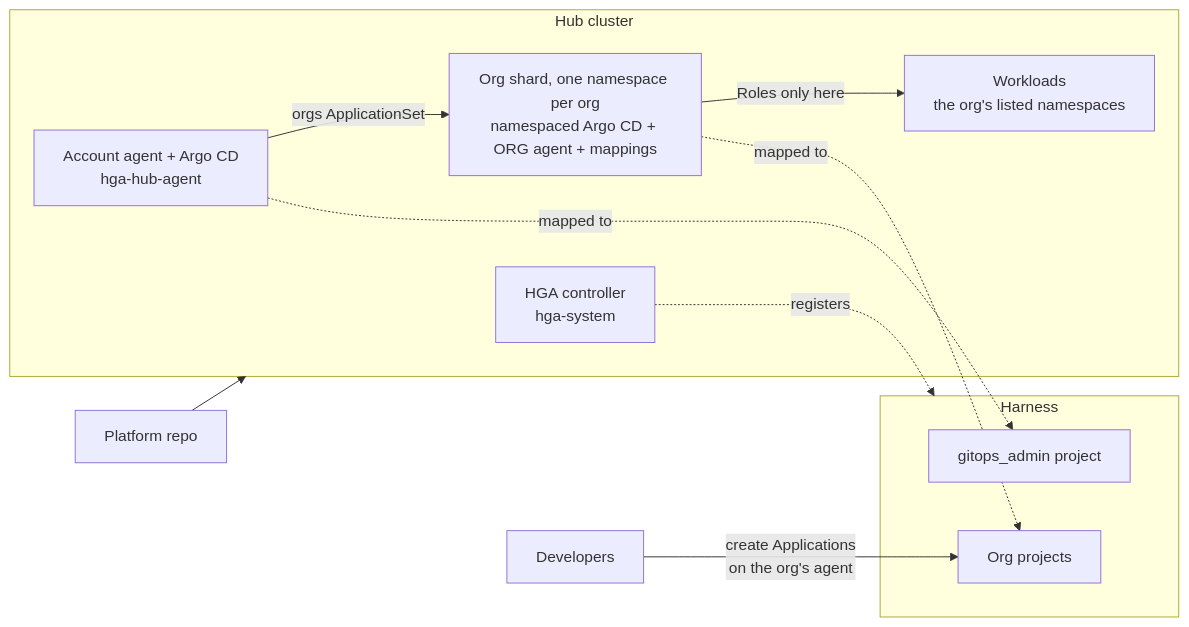
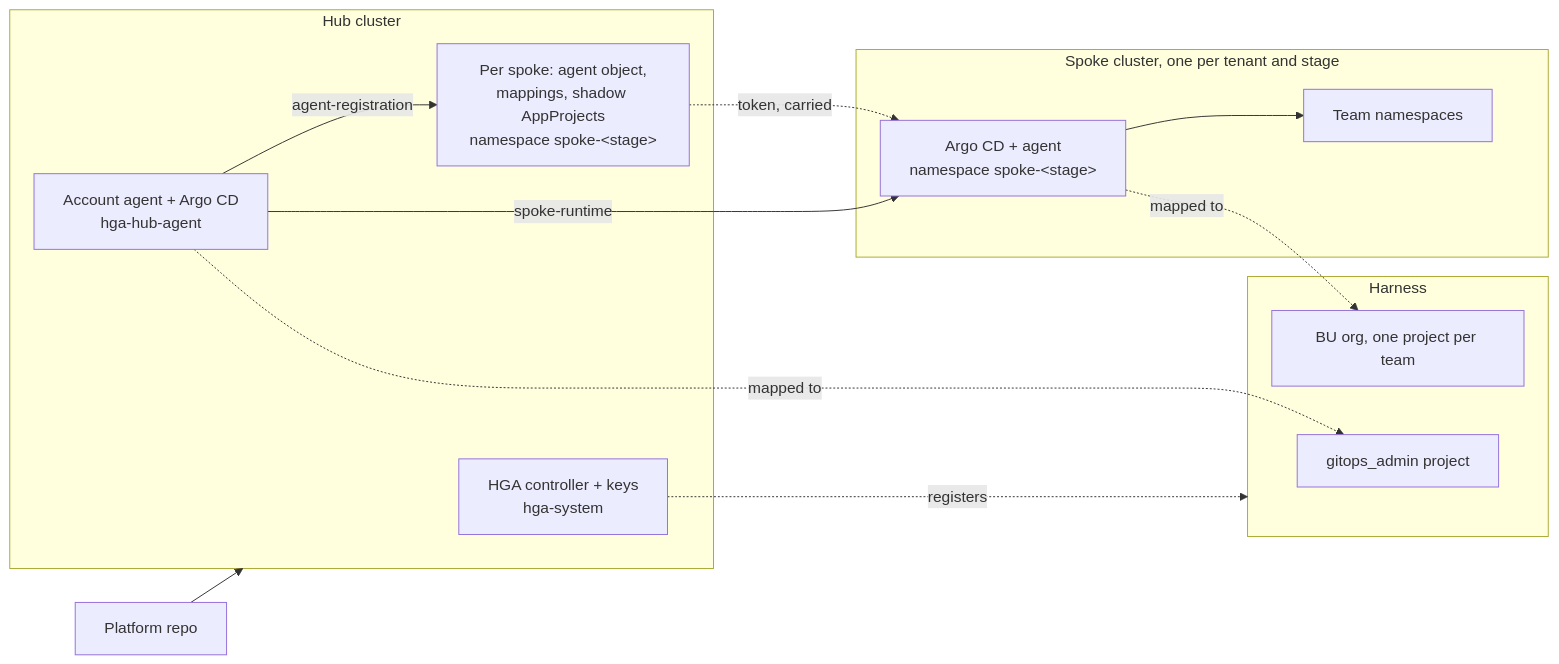
The diagram in README.md (harness-landing-zone/harness-gitops), drawn with Mermaid before and after one commit. The commit also changed other lines of this file and 24 other files, not shown here.

Commit message:
Referance Architecture v1

````diff
--- a/README.md
+++ b/README.md
@@ -14,20 +14,24 @@
 ```mermaid
 flowchart LR
   platform["Platform repo"] --> hub
   subgraph hub["Hub cluster"]
-    ctrl["HGA controller<br/>hga-system"]
+    ctrl["HGA controller + keys<br/>hga-system"]
     hubagent["Account agent + Argo CD<br/>hga-hub-agent"]
-    shard["Org shard, one namespace per org<br/>namespaced Argo CD + ORG agent + mappings"]
-    work["Workloads<br/>the org's listed namespaces"]
+    reg["Per spoke: agent object,<br/>mappings, shadow AppProjects<br/>namespace spoke-&lt;stage&gt;"]
   end
-  hubagent -- "orgs ApplicationSet" --> shard
-  devs["Developers"] -- "create Applications<br/>on the org's agent" --> projects
-  shard -- "Roles only here" --> work
+  subgraph spoke["Spoke cluster, one per tenant and stage"]
+    rt["Argo CD + agent<br/>namespace spoke-&lt;stage&gt;"]
+    work["Team namespaces"]
+  end
+  hubagent -- "agent-registration" --> reg
+  hubagent -- "spoke-runtime" --> rt
+  reg -. "token, carried" .-> rt
+  rt --> work
   ctrl -. registers .-> harness
   subgraph harness["Harness"]
     admin["gitops_admin project"]
-    projects["Org projects"]
+    teams["BU org, one project per team"]
   end
   hubagent -. mapped to .-> admin
-  shard -. mapped to .-> projects
+  rt -. mapped to .-> teams
 ```
````
